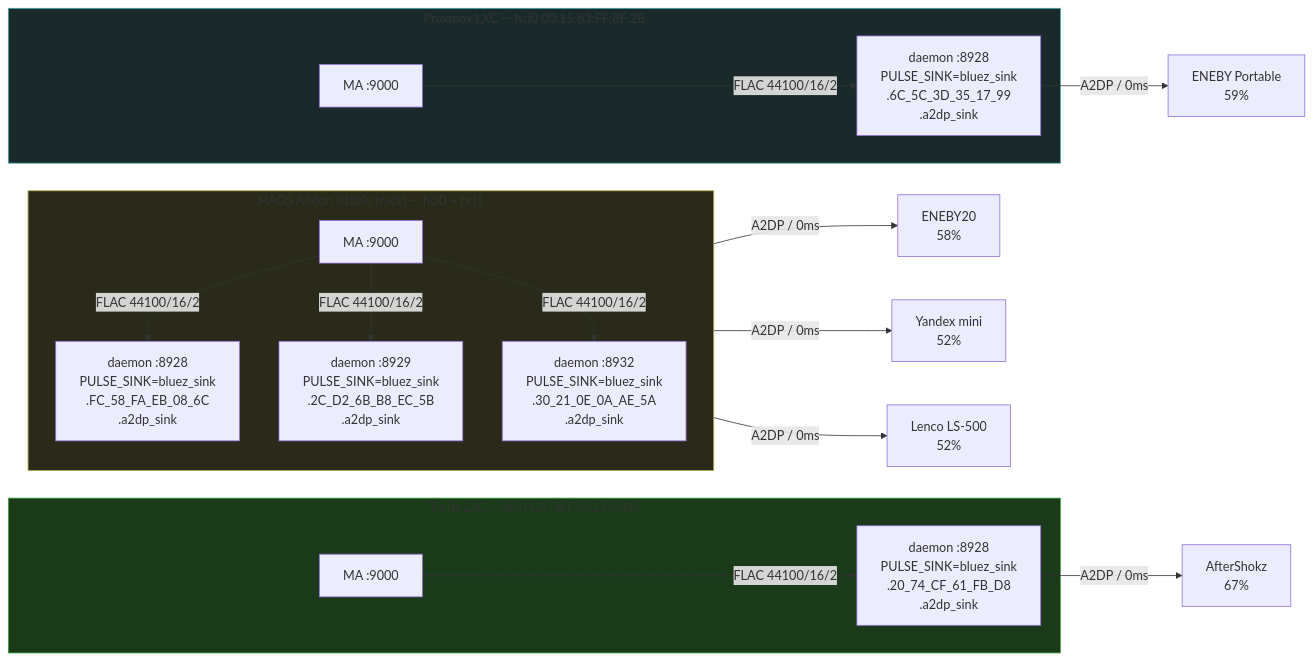
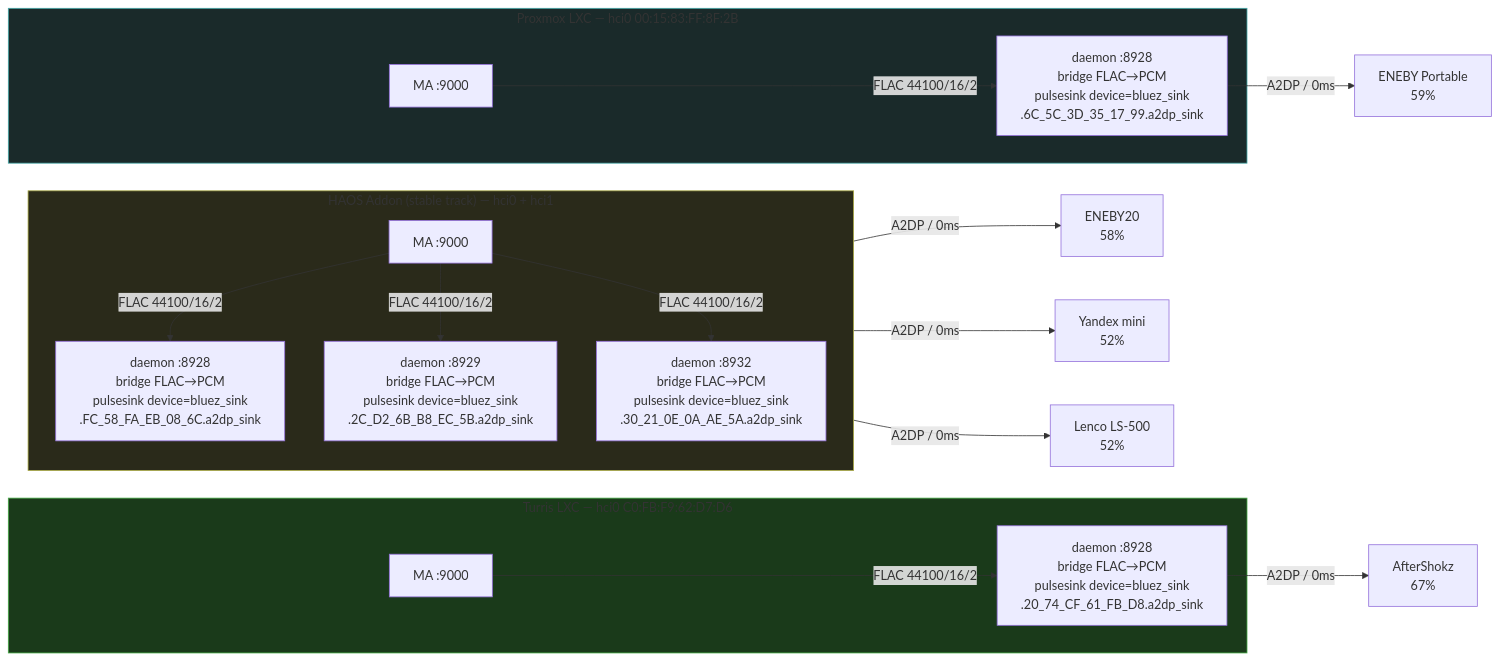
The second of 3 diagrams in docs-site/src/content/docs/ru/test-stand.md (trudenboy/sendspin-bt-bridge), drawn with Mermaid before and after one commit. The commit also changed other lines of this file and 78 other files, not shown here.

````diff
--- a/docs-site/src/content/docs/ru/test-stand.md
+++ b/docs-site/src/content/docs/ru/test-stand.md
@@ -99,27 +99,27 @@
 ```mermaid
 graph LR
     subgraph haos_bridge["HAOS Addon (stable track) — hci0 + hci1"]
         direction TB
-        H_MA["MA :9000"] -->|FLAC 44100/16/2| H_D1["daemon :8928<br/>PULSE_SINK=bluez_sink<br/>.FC_58_FA_EB_08_6C<br/>.a2dp_sink"]
-        H_MA -->|FLAC 44100/16/2| H_D2["daemon :8929<br/>PULSE_SINK=bluez_sink<br/>.2C_D2_6B_B8_EC_5B<br/>.a2dp_sink"]
-        H_MA -->|FLAC 44100/16/2| H_D3["daemon :8932<br/>PULSE_SINK=bluez_sink<br/>.30_21_0E_0A_AE_5A<br/>.a2dp_sink"]
+        H_MA["MA :9000"] -->|FLAC 44100/16/2| H_D1["daemon :8928<br/>bridge FLAC→PCM<br/>pulsesink device=bluez_sink<br/>.FC_58_FA_EB_08_6C.a2dp_sink"]
+        H_MA -->|FLAC 44100/16/2| H_D2["daemon :8929<br/>bridge FLAC→PCM<br/>pulsesink device=bluez_sink<br/>.2C_D2_6B_B8_EC_5B.a2dp_sink"]
+        H_MA -->|FLAC 44100/16/2| H_D3["daemon :8932<br/>bridge FLAC→PCM<br/>pulsesink device=bluez_sink<br/>.30_21_0E_0A_AE_5A.a2dp_sink"]
     end
 
     subgraph proxmox_bridge["Proxmox LXC — hci0 00:15:83:FF:8F:2B"]
-        P_MA["MA :9000"] -->|FLAC 44100/16/2| P_D1["daemon :8928<br/>PULSE_SINK=bluez_sink<br/>.6C_5C_3D_35_17_99<br/>.a2dp_sink"]
+        P_MA["MA :9000"] -->|FLAC 44100/16/2| P_D1["daemon :8928<br/>bridge FLAC→PCM<br/>pulsesink device=bluez_sink<br/>.6C_5C_3D_35_17_99.a2dp_sink"]
     end
 
     subgraph turris_bridge["Turris LXC — hci0 C0:FB:F9:62:D7:D6"]
-        T_MA["MA :9000"] -->|FLAC 44100/16/2| T_D1["daemon :8928<br/>PULSE_SINK=bluez_sink<br/>.20_74_CF_61_FB_D8<br/>.a2dp_sink"]
+        T_MA["MA :9000"] -->|FLAC 44100/16/2| T_D1["daemon :8928<br/>bridge FLAC→PCM<br/>pulsesink device=bluez_sink<br/>.20_74_CF_61_FB_D8.a2dp_sink"]
     end
 
     H_D1 -->|"A2DP / 0ms"| S1["ENEBY20<br/>58%"]
     H_D2 -->|"A2DP / 0ms"| S2["Yandex mini<br/>52%"]
     H_D3 -->|"A2DP / 0ms"| S3["Lenco LS-500<br/>52%"]
     P_D1 -->|"A2DP / 0ms"| S4["ENEBY Portable<br/>59%"]
     T_D1 -->|"A2DP / 0ms"| S5["AfterShokz<br/>67%"]
 
     style haos_bridge fill:#2a2a1a,stroke:#aa4
     style proxmox_bridge fill:#1a2a2a,stroke:#4aa
     style turris_bridge fill:#1a3a1a,stroke:#4a4
 ```
````
